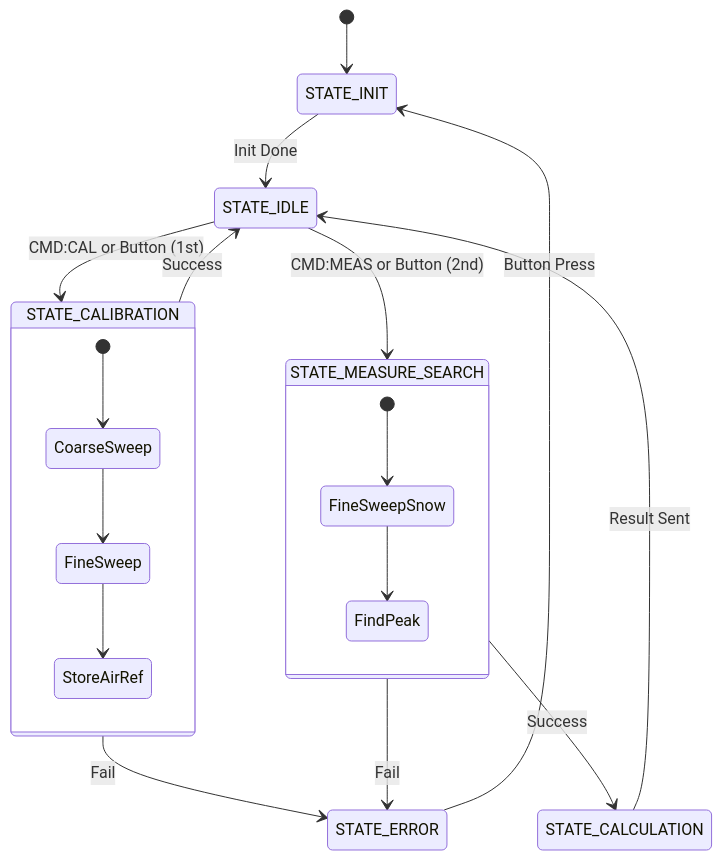
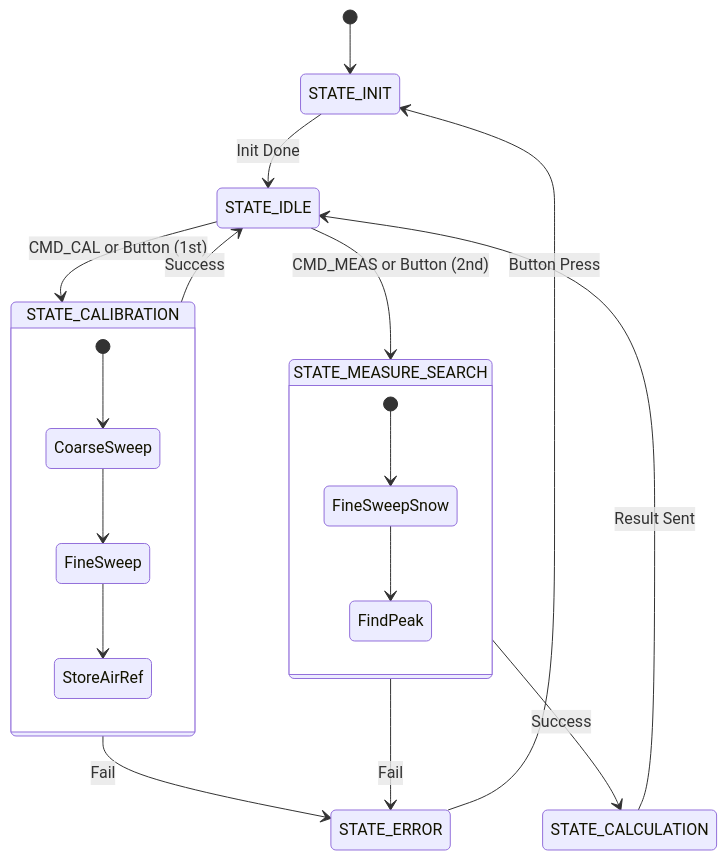
Before and after one commit to woaza/Permittivity-Meter: the first of 2 diagrams in README.md, drawn with Mermaid. The commit also changed other lines of this file, not shown here.

Commit message:
fixed mermaid erros

````diff
--- a/README.md
+++ b/README.md
@@ -19,29 +19,29 @@
 ```mermaid
 stateDiagram-v2
     [*] --> STATE_INIT
     STATE_INIT --> STATE_IDLE : Init Done
     
-    STATE_IDLE --> STATE_CALIBRATION : CMD:CAL or Button (1st)
-    STATE_IDLE --> STATE_MEASURE_SEARCH : CMD:MEAS or Button (2nd)
+    STATE_IDLE --> STATE_CALIBRATION : CMD_CAL or Button (1st)
+    STATE_IDLE --> STATE_MEASURE_SEARCH : CMD_MEAS or Button (2nd)
     
     state STATE_CALIBRATION {
         [*] --> CoarseSweep
         CoarseSweep --> FineSweep
         FineSweep --> StoreAirRef
     }
     
     state STATE_MEASURE_SEARCH {
         [*] --> FineSweepSnow
         FineSweepSnow --> FindPeak
     }
     
     STATE_CALIBRATION --> STATE_IDLE : Success
     STATE_CALIBRATION --> STATE_ERROR : Fail
     
     STATE_MEASURE_SEARCH --> STATE_CALCULATION : Success
     STATE_MEASURE_SEARCH --> STATE_ERROR : Fail
     
     STATE_CALCULATION --> STATE_IDLE : Result Sent
     
     STATE_ERROR --> STATE_INIT : Button Press
 ```
````
